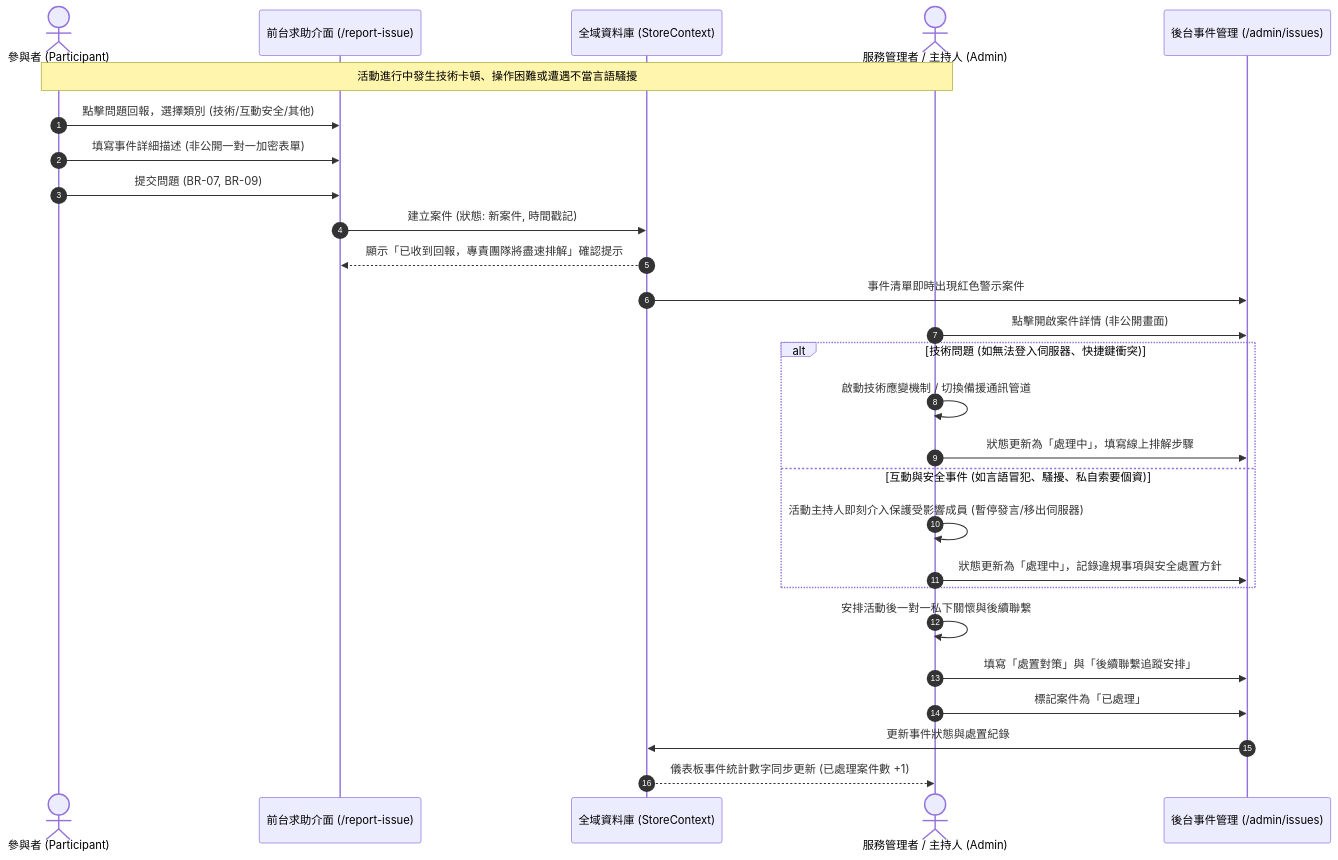
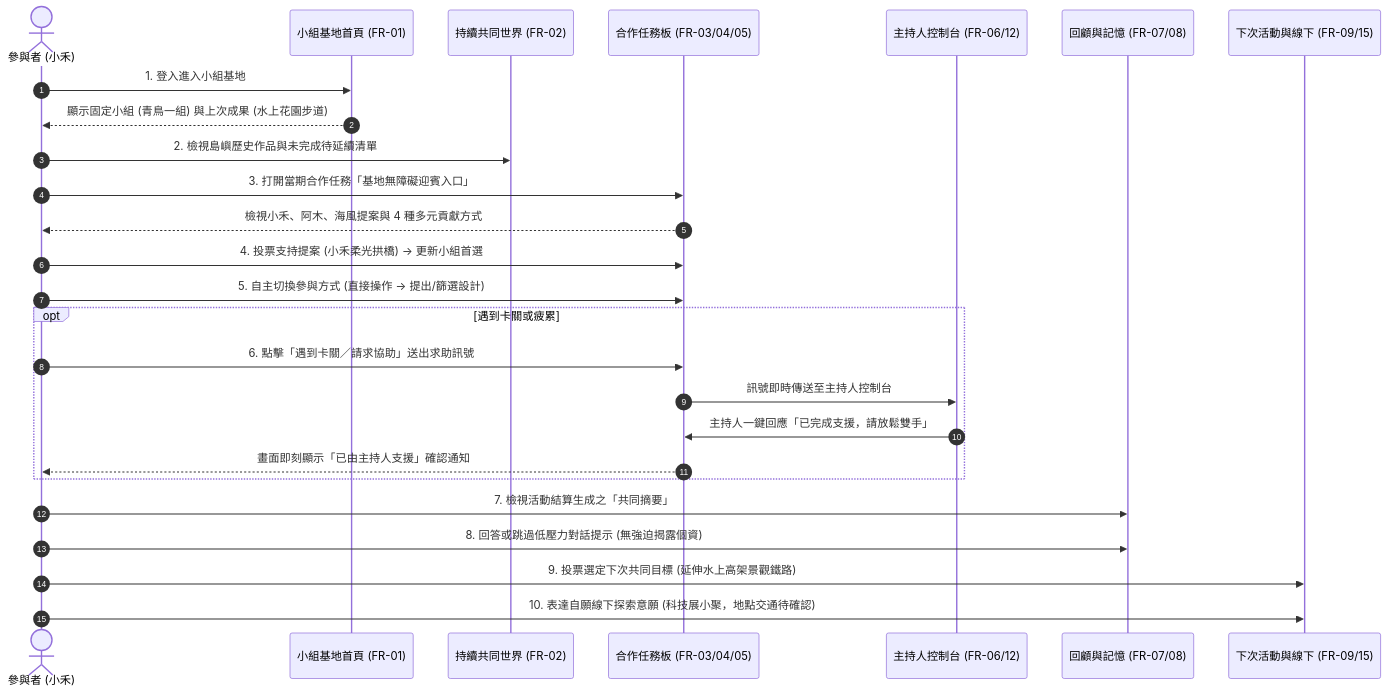
The second of 7 diagrams in docs/architecture-and-flows.md (Chiiiiiii-art/Hand-In-Hand), drawn with Mermaid before and after one commit. The commit also changed other lines of this file and 62 other files, not shown here.

````diff
--- a/docs/architecture-and-flows.md
+++ b/docs/architecture-and-flows.md
@@ -257,32 +67,29 @@
 ```mermaid
 sequenceDiagram
-    autonumber
-    actor P as 參與者 (Participant)
-    participant UI as 前台求助介面 (/report-issue)
-    participant Store as 全域資料庫 (StoreContext)
-    actor Admin as 服務管理者 / 主持人 (Admin)
-    participant AUI as 後台事件管理 (/admin/issues)
+  autonumber
+  actor User as 參與者 (小禾)
+  participant Base as 小組基地首頁 (FR-01)
+  participant World as 持續共同世界 (FR-02)
+  participant Task as 合作任務板 (FR-03/04/05)
+  participant Host as 主持人控制台 (FR-06/12)
+  participant Retro as 回顧與記憶 (FR-07/08)
+  participant Next as 下次活動與線下 (FR-09/15)
 
-    Note over P, Admin: 活動進行中發生技術卡頓、操作困難或遭遇不當言語騷擾
-    P->>UI: 點擊問題回報，選擇類別 (技術/互動安全/其他)
-    P->>UI: 填寫事件詳細描述 (非公開一對一加密表單)
-    P->>UI: 提交問題 (BR-07, BR-09)
-    UI->>Store: 建立案件 (狀態: 新案件, 時間戳記)
-    Store-->>UI: 顯示「已收到回報，專責團隊將盡速排解」確認提示
-    Store->>AUI: 事件清單即時出現紅色警示案件
-
-    Admin->>AUI: 點擊開啟案件詳情 (非公開畫面)
-    alt 技術問題 (如無法登入伺服器、快捷鍵衝突)
-        Admin->>Admin: 啟動技術應變機制 / 切換備援通訊管道
-        Admin->>AUI: 狀態更新為「處理中」，填寫線上排解步驟
-    else 互動與安全事件 (如言語冒犯、騷擾、私自索要個資)
-        Admin->>Admin: 活動主持人即刻介入保護受影響成員 (暫停發言/移出伺服器)
-        Admin->>AUI: 狀態更新為「處理中」，記錄違規事項與安全處置方針
-    end
-
-    Admin->>Admin: 安排活動後一對一私下關懷與後續聯繫
-    Admin->>AUI: 填寫「處置對策」與「後續聯繫追蹤安排」
-    Admin->>AUI: 標記案件為「已處理」
-    AUI->>Store: 更新事件狀態與處置紀錄
-    Store-->>Admin: 儀表板事件統計數字同步更新 (已處理案件數 +1)
+  User->>Base: 1. 登入進入小組基地
+  Base-->>User: 顯示固定小組 (青鳥一組) 與上次成果 (水上花園步道)
+  User->>World: 2. 檢視島嶼歷史作品與未完成待延續清單
+  User->>Task: 3. 打開當期合作任務「基地無障礙迎賓入口」
+  Task-->>User: 檢視小禾、阿木、海風提案與 4 種多元貢獻方式
+  User->>Task: 4. 投票支持提案 (小禾柔光拱橋) -> 更新小組首選
+  User->>Task: 5. 自主切換參與方式 (直接操作 -> 提出/篩選設計)
+  opt 遇到卡關或疲累
+    User->>Task: 6. 點擊「遇到卡關／請求協助」送出求助訊號
+    Task->>Host: 訊號即時傳送至主持人控制台
+    Host->>Task: 主持人一鍵回應「已完成支援，請放鬆雙手」
+    Task-->>User: 畫面即刻顯示「已由主持人支援」確認通知
+  end
+  User->>Retro: 7. 檢視活動結算生成之「共同摘要」
+  User->>Retro: 8. 回答或跳過低壓力對話提示 (無強迫揭露個資)
+  User->>Next: 9. 投票選定下次共同目標 (延伸水上高架景觀鐵路)
+  User->>Next: 10. 表達自願線下探索意願 (科技展小聚，地點交通待確認)
 ```
````
